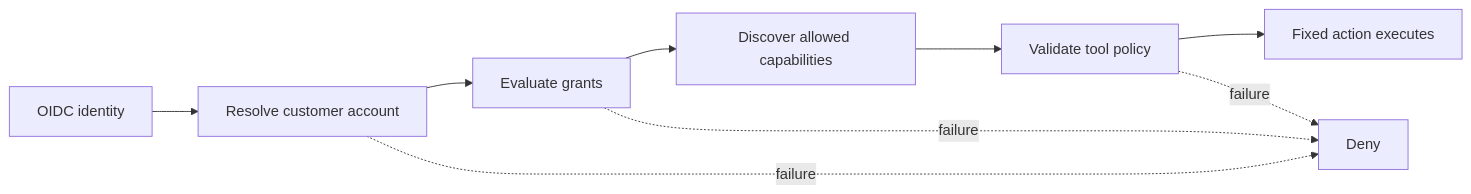
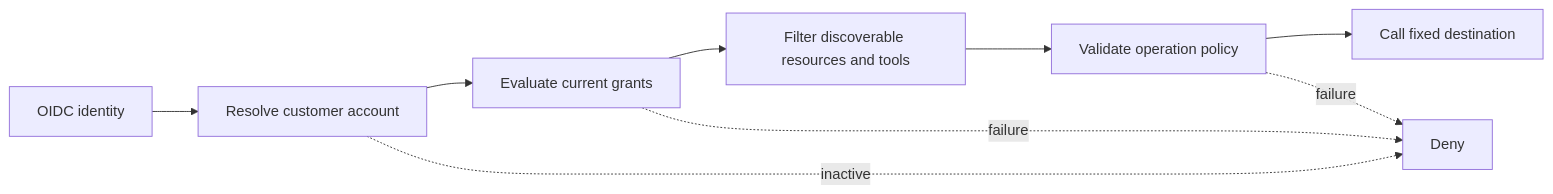
The first of 2 diagrams in src/content/docs/concepts/security.md (Dokosoko-AI/dokosoko-docs), drawn with Mermaid before and after one commit. The commit also changed other lines of this file and 42 other files, not shown here.

````diff
--- a/src/content/docs/concepts/security.md
+++ b/src/content/docs/concepts/security.md
@@ -25,11 +26,11 @@
 ```mermaid
 flowchart LR
     Identity[OIDC identity] --> Account[Resolve customer account]
-    Account --> Grants[Evaluate grants]
-    Grants --> Discovery[Discover allowed capabilities]
-    Discovery --> Operation[Validate tool policy]
-    Operation --> Execution[Fixed action executes]
-	Account -. failure .-> Deny[Deny]
-	Grants -. failure .-> Deny
-    Operation -. failure .-> Deny
+    Account --> Evaluation[Evaluate current grants]
+    Evaluation --> Discovery[Filter discoverable resources and tools]
+    Discovery --> Policy[Validate operation policy]
+    Policy --> Execute[Call fixed destination]
+    Account -. inactive .-> Deny[Deny]
+    Evaluation -. failure .-> Deny
+    Policy -. failure .-> Deny
 ```
````
